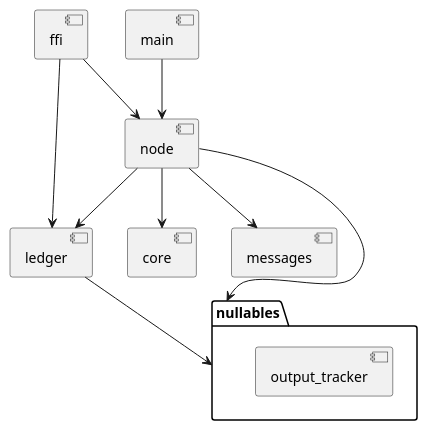
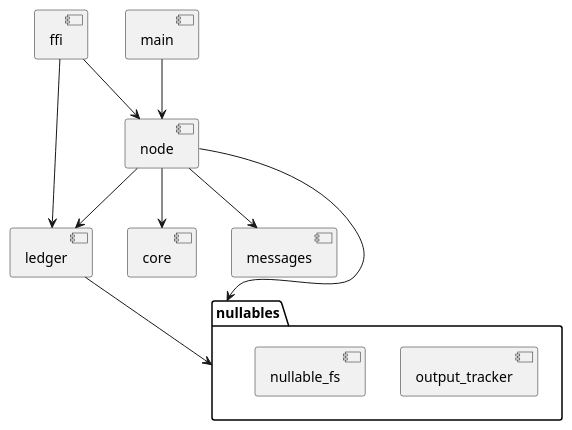
Before and after one commit to stjet/rsban-node: the diagram in rust/doc/crates.puml, drawn with PlantUML. The commit also changed 7 other files, not shown here.

```diff
--- a/rust/doc/crates.puml
+++ b/rust/doc/crates.puml
@@ -1,24 +1,25 @@
 @startuml "Split crates"
 
 [nullables]
 [core]
 [ledger]
 [messages]
 [node]
 [main]
 [ffi]
 
 folder "nullables"{
 [output_tracker]
+[nullable_fs]
 }
 
 [main] --> [node]
 [node] --> [core]
 [node] --> [ledger]
 [node] --> [messages]
 [node] --> "nullables"
 [ledger] --> "nullables"
 [ffi] --> [ledger]
 [ffi] --> [node]
 
 @enduml
```
